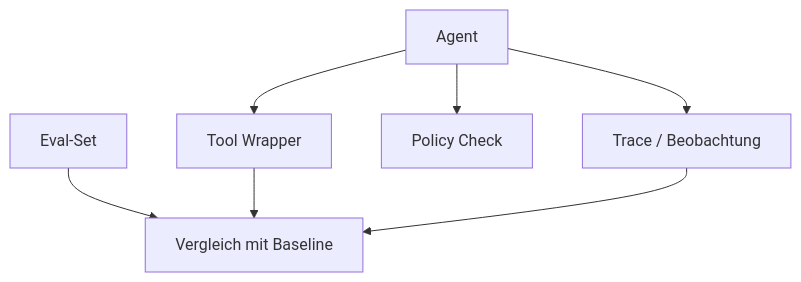
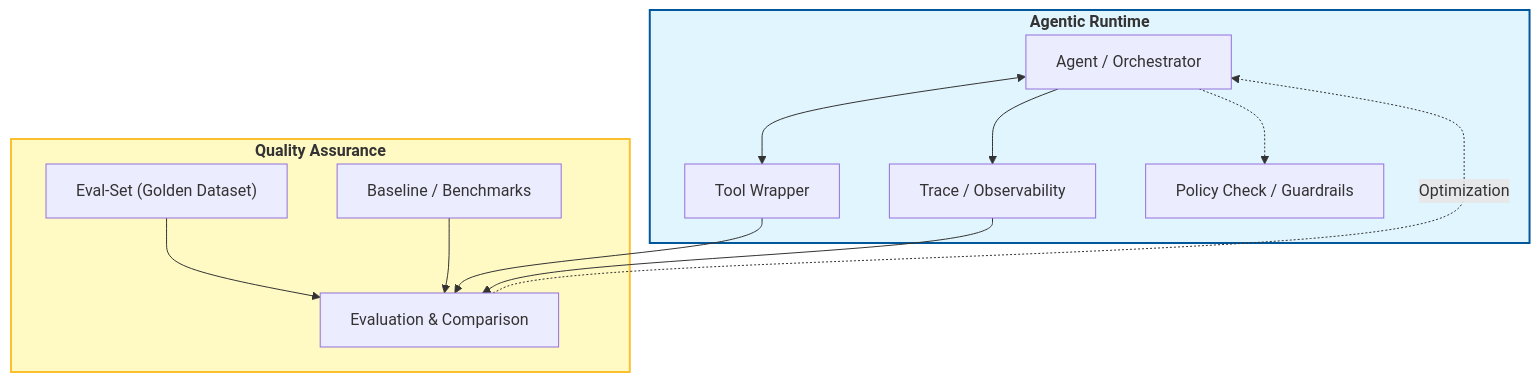
Before and after one commit to ralf-42/Agenten: the second of 3 diagrams in docs/frameworks/Agent_Evaluation_Observability_Best_Practices.md, drawn with Mermaid. The commit also changed other lines of this file and 1 other file, not shown here.

````diff
--- a/docs/frameworks/Agent_Evaluation_Observability_Best_Practices.md
+++ b/docs/frameworks/Agent_Evaluation_Observability_Best_Practices.md
@@ -152,9 +160,31 @@
 ```mermaid
 flowchart TB
-    A["Agent"] --> B["Tool Wrapper"]
-    A --> C["Trace / Beobachtung"]
-    A --> D["Policy Check"]
-    E["Eval-Set"] --> F["Vergleich mit Baseline"]
+    subgraph Runtime ["<b>Agentic Runtime</b>"]
+        A["Agent / Orchestrator"]
+        B["Tool Wrapper"]
+        C["Trace / Observability"]
+        D["Policy Check / Guardrails"]
+        
+        A <--> B
+        A --> C
+        A -.-> D
+    end
+
+    subgraph Evaluation ["<b>Quality Assurance</b>"]
+        E["Eval-Set (Golden Dataset)"]
+        F["Evaluation & Comparison"]
+        G["Baseline / Benchmarks"]
+    end
+
+    %% Datenflüsse zur Evaluation
     B --> F
     C --> F
+    E --> F
+    G --> F
+
+    %% Feedback-Loop (Optional)
+    F -.-> |Optimization| A
+    
+    style Runtime fill:#e1f5fe,stroke:#01579b,stroke-width:2px 
+    style Evaluation fill:#fff9c4,stroke:#fbc02d,stroke-width:2px
 ```
````
